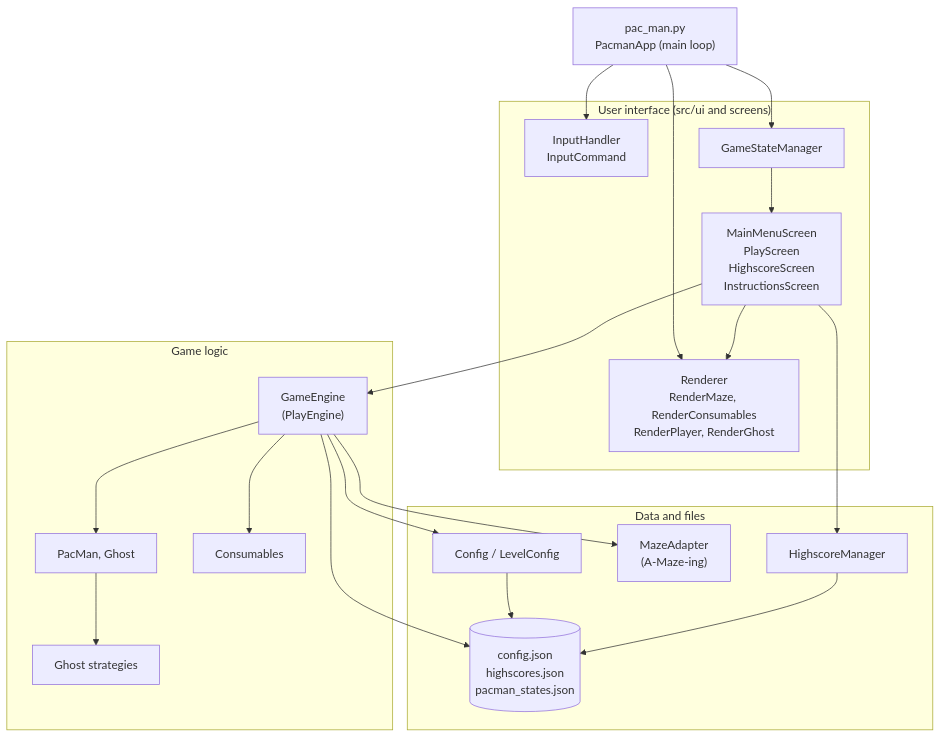
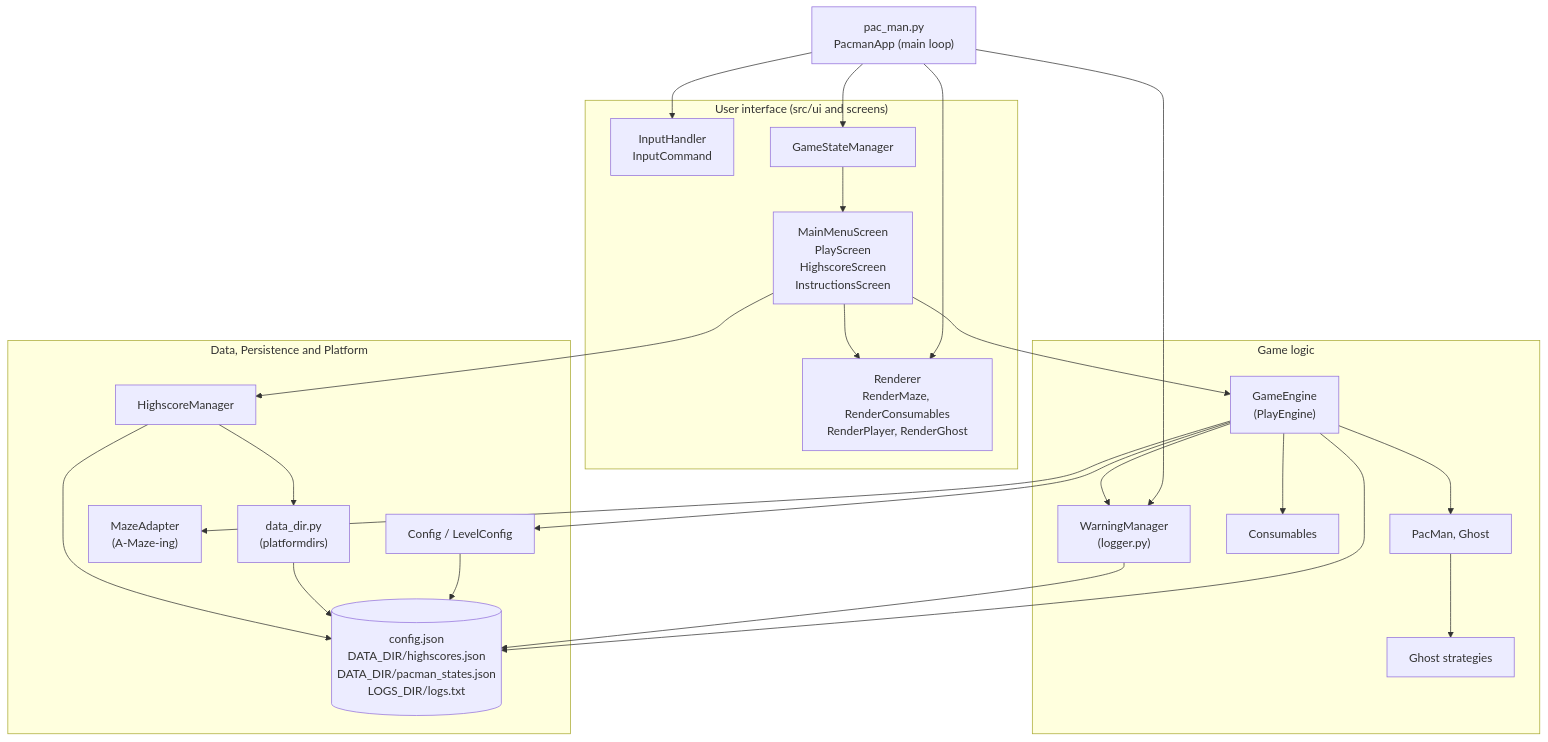
Before and after one commit to Roy-ALPHA/Pac-Man: the first of 8 diagrams in project_management/uml.md, drawn with Mermaid. The commit also changed other lines of this file and 7 other files, not shown here.

````diff
--- a/project_management/uml.md
+++ b/project_management/uml.md
@@ -22,41 +22,48 @@
 ```mermaid
 flowchart TD
     App["pac_man.py<br/>PacmanApp (main loop)"]
 
     subgraph UI["User interface (src/ui and screens)"]
         Input["InputHandler<br/>InputCommand"]
         GSM["GameStateManager"]
         Screens["MainMenuScreen<br/>PlayScreen<br/>HighscoreScreen<br/>InstructionsScreen"]
         Rend["Renderer<br/>RenderMaze, RenderConsumables<br/>RenderPlayer, RenderGhost"]
     end
 
     subgraph Logic["Game logic"]
         Engine["GameEngine<br/>(PlayEngine)"]
         Entities["PacMan, Ghost"]
         AI["Ghost strategies"]
         Cons["Consumables"]
+        LogSys["WarningManager<br/>(logger.py)"]
     end
 
-    subgraph Data["Data and files"]
+    subgraph Data["Data, Persistence and Platform"]
         Config["Config / LevelConfig"]
         Maze["MazeAdapter<br/>(A-Maze-ing)"]
         HS["HighscoreManager"]
-        Files[("config.json<br/>highscores.json<br/>pacman_states.json")]
+        DDir["data_dir.py<br/>(platformdirs)"]
+        Files[("config.json<br/>DATA_DIR/highscores.json<br/>DATA_DIR/pacman_states.json<br/>LOGS_DIR/logs.txt")]
     end
 
     App --> Input
     App --> GSM
     App --> Rend
+    App --> LogSys
     GSM --> Screens
     Screens --> Rend
     Screens --> Engine
     Screens --> HS
     Engine --> Entities
     Engine --> Cons
     Engine --> Maze
     Engine --> Config
+    Engine --> LogSys
     Entities --> AI
     Config --> Files
+    HS --> DDir
+    DDir --> Files
     HS --> Files
     Engine --> Files
+    LogSys --> Files
 ```
````
